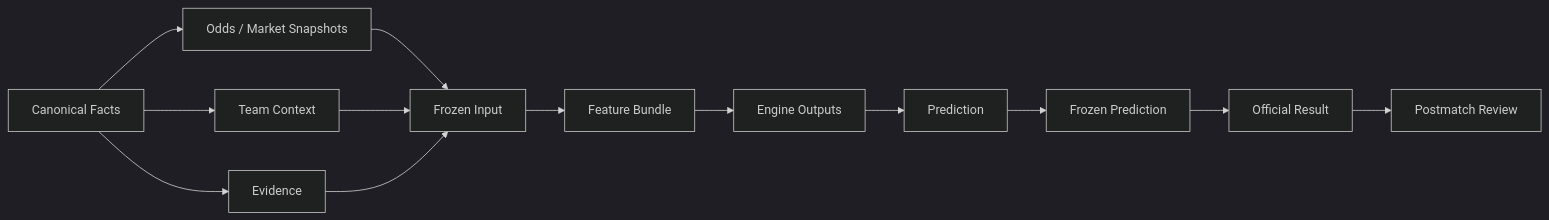
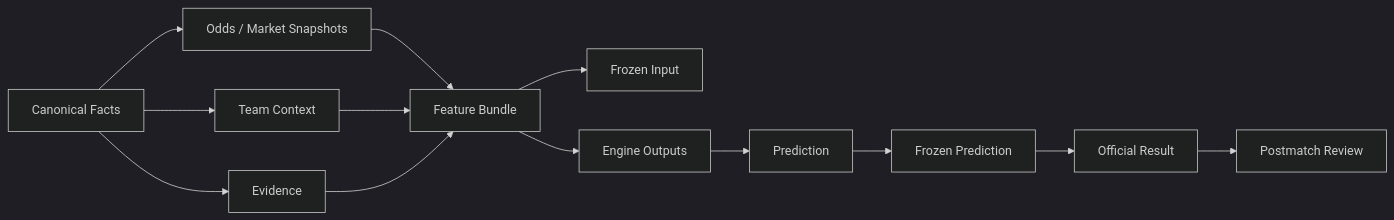
One commit to sxh147og09/jcfb-v4 changed the diagram in docs/V4_DATA_CONTRACT.md. Above: the diagram before and after it, drawn with Mermaid (dark theme). The commit also changed other lines of this file and 22 other files, not shown here.

````diff
--- a/docs/V4_DATA_CONTRACT.md
+++ b/docs/V4_DATA_CONTRACT.md
@@ -220,15 +220,15 @@
 ```mermaid
 flowchart LR
     F["Canonical Facts"] --> O["Odds / Market Snapshots"]
     F --> T["Team Context"]
     F --> E["Evidence"]
-    O --> FI["Frozen Input"]
-    T --> FI
-    E --> FI
-    FI --> FB["Feature Bundle"]
+    O --> FB["Feature Bundle"]
+    T --> FB
+    E --> FB
+    FB --> FI["Frozen Input"]
     FB --> EO["Engine Outputs"]
     EO --> P["Prediction"]
     P --> FP["Frozen Prediction"]
     FP --> R["Official Result"]
     R --> RV["Postmatch Review"]
 ```
````
